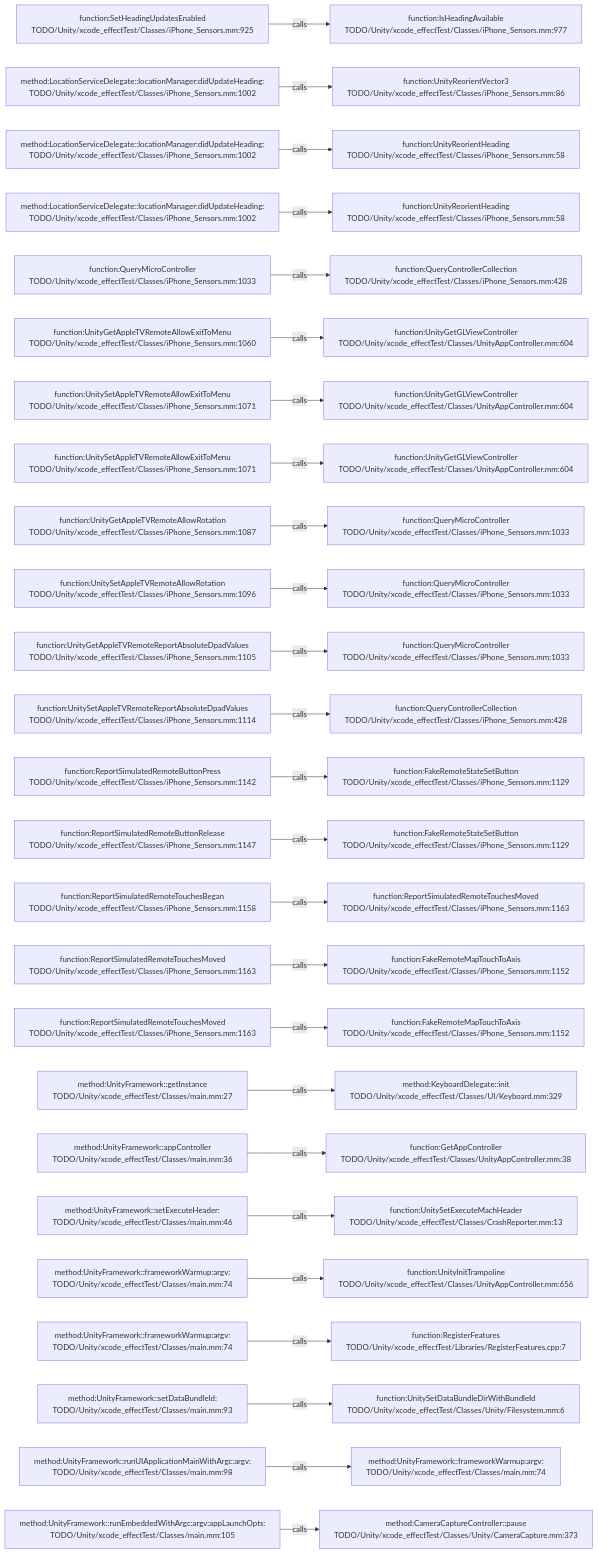
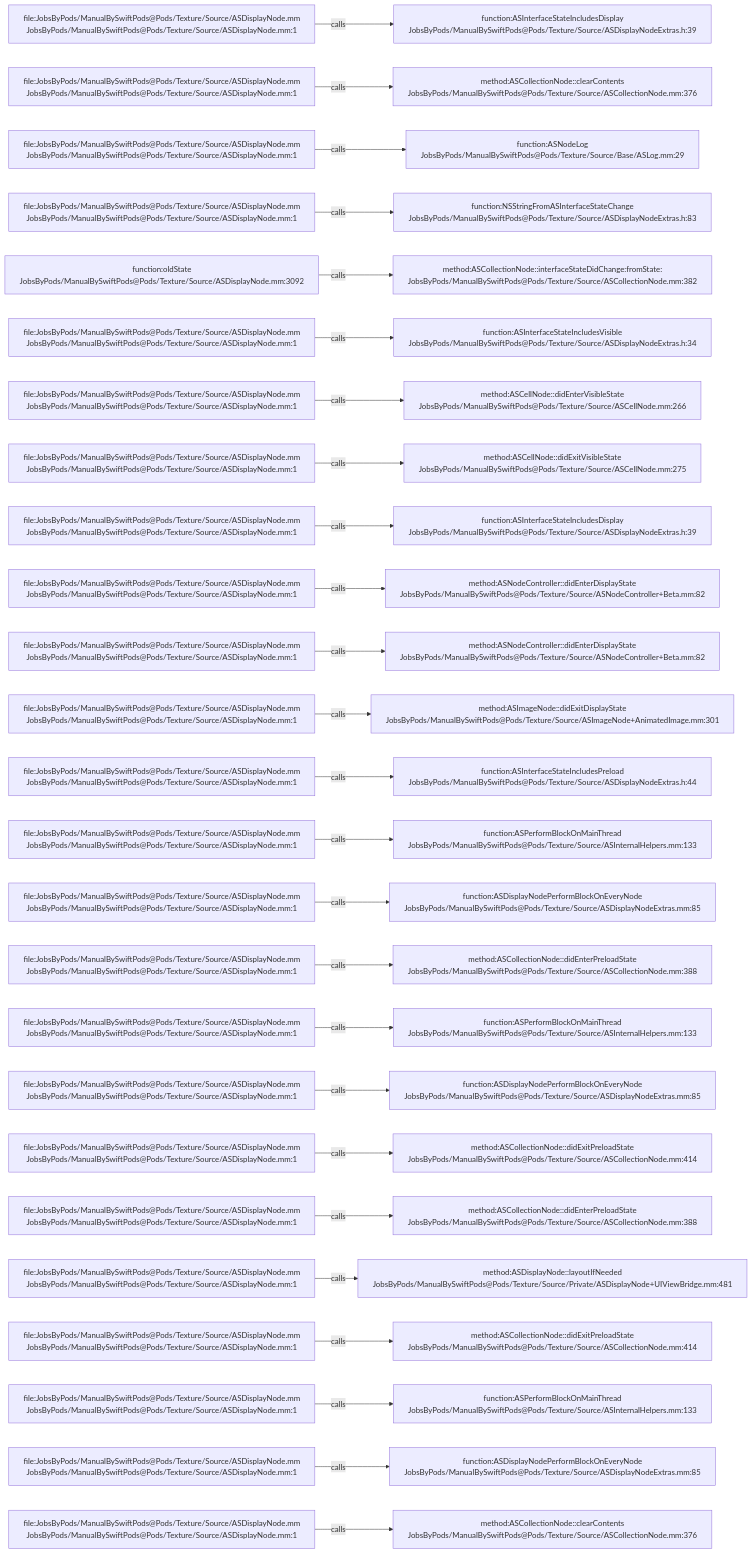
The diagram in .codegraph/codegraph.md/graphs/calls-054.md (JobsKits/JobsSwiftBaseConfigDemo), drawn with Mermaid before and after one commit. The commit also changed 2959 other files, not shown here.

````diff
--- a/.codegraph/codegraph.md/graphs/calls-054.md
+++ b/.codegraph/codegraph.md/graphs/calls-054.md
@@ -13,78 +13,78 @@
 ```mermaid
 flowchart LR
-  S1["function:SetHeadingUpdatesEnabled<br/>TODO/Unity/xcode_effectTest/Classes/iPhone_Sensors.mm:925"]
-  T1["function:IsHeadingAvailable<br/>TODO/Unity/xcode_effectTest/Classes/iPhone_Sensors.mm:977"]
+  S1["file:JobsByPods/ManualBySwiftPods@Pods/Texture/Source/ASDisplayNode.mm<br/>JobsByPods/ManualBySwiftPods@Pods/Texture/Source/ASDisplayNode.mm:1"]
+  T1["function:ASInterfaceStateIncludesDisplay<br/>JobsByPods/ManualBySwiftPods@Pods/Texture/Source/ASDisplayNodeExtras.h:39"]
   S1 -->|calls| T1
-  S2["method:LocationServiceDelegate::locationManager:didUpdateHeading:<br/>TODO/Unity/xcode_effectTest/Classes/iPhone_Sensors.mm:1002"]
-  T2["function:UnityReorientVector3<br/>TODO/Unity/xcode_effectTest/Classes/iPhone_Sensors.mm:86"]
+  S2["file:JobsByPods/ManualBySwiftPods@Pods/Texture/Source/ASDisplayNode.mm<br/>JobsByPods/ManualBySwiftPods@Pods/Texture/Source/ASDisplayNode.mm:1"]
+  T2["method:ASCollectionNode::clearContents<br/>JobsByPods/ManualBySwiftPods@Pods/Texture/Source/ASCollectionNode.mm:376"]
   S2 -->|calls| T2
-  S3["method:LocationServiceDelegate::locationManager:didUpdateHeading:<br/>TODO/Unity/xcode_effectTest/Classes/iPhone_Sensors.mm:1002"]
-  T3["function:UnityReorientHeading<br/>TODO/Unity/xcode_effectTest/Classes/iPhone_Sensors.mm:58"]
+  S3["file:JobsByPods/ManualBySwiftPods@Pods/Texture/Source/ASDisplayNode.mm<br/>JobsByPods/ManualBySwiftPods@Pods/Texture/Source/ASDisplayNode.mm:1"]
+  T3["function:ASNodeLog<br/>JobsByPods/ManualBySwiftPods@Pods/Texture/Source/Base/ASLog.mm:29"]
   S3 -->|calls| T3
-  S4["method:LocationServiceDelegate::locationManager:didUpdateHeading:<br/>TODO/Unity/xcode_effectTest/Classes/iPhone_Sensors.mm:1002"]
-  T4["function:UnityReorientHeading<br/>TODO/Unity/xcode_effectTest/Classes/iPhone_Sensors.mm:58"]
+  S4["file:JobsByPods/ManualBySwiftPods@Pods/Texture/Source/ASDisplayNode.mm<br/>JobsByPods/ManualBySwiftPods@Pods/Texture/Source/ASDisplayNode.mm:1"]
+  T4["function:NSStringFromASInterfaceStateChange<br/>JobsByPods/ManualBySwiftPods@Pods/Texture/Source/ASDisplayNodeExtras.h:83"]
   S4 -->|calls| T4
-  S5["function:QueryMicroController<br/>TODO/Unity/xcode_effectTest/Classes/iPhone_Sensors.mm:1033"]
-  T5["function:QueryControllerCollection<br/>TODO/Unity/xcode_effectTest/Classes/iPhone_Sensors.mm:428"]
+  S5["function:oldState<br/>JobsByPods/ManualBySwiftPods@Pods/Texture/Source/ASDisplayNode.mm:3092"]
+  T5["method:ASCollectionNode::interfaceStateDidChange:fromState:<br/>JobsByPods/ManualBySwiftPods@Pods/Texture/Source/ASCollectionNode.mm:382"]
   S5 -->|calls| T5
-  S6["function:UnityGetAppleTVRemoteAllowExitToMenu<br/>TODO/Unity/xcode_effectTest/Classes/iPhone_Sensors.mm:1060"]
-  T6["function:UnityGetGLViewController<br/>TODO/Unity/xcode_effectTest/Classes/UnityAppController.mm:604"]
+  S6["file:JobsByPods/ManualBySwiftPods@Pods/Texture/Source/ASDisplayNode.mm<br/>JobsByPods/ManualBySwiftPods@Pods/Texture/Source/ASDisplayNode.mm:1"]
+  T6["function:ASInterfaceStateIncludesVisible<br/>JobsByPods/ManualBySwiftPods@Pods/Texture/Source/ASDisplayNodeExtras.h:34"]
   S6 -->|calls| T6
-  S7["function:UnitySetAppleTVRemoteAllowExitToMenu<br/>TODO/Unity/xcode_effectTest/Classes/iPhone_Sensors.mm:1071"]
-  T7["function:UnityGetGLViewController<br/>TODO/Unity/xcode_effectTest/Classes/UnityAppController.mm:604"]
+  S7["file:JobsByPods/ManualBySwiftPods@Pods/Texture/Source/ASDisplayNode.mm<br/>JobsByPods/ManualBySwiftPods@Pods/Texture/Source/ASDisplayNode.mm:1"]
+  T7["method:ASCellNode::didEnterVisibleState<br/>JobsByPods/ManualBySwiftPods@Pods/Texture/Source/ASCellNode.mm:266"]
   S7 -->|calls| T7
-  S8["function:UnitySetAppleTVRemoteAllowExitToMenu<br/>TODO/Unity/xcode_effectTest/Classes/iPhone_Sensors.mm:1071"]
-  T8["function:UnityGetGLViewController<br/>TODO/Unity/xcode_effectTest/Classes/UnityAppController.mm:604"]
+  S8["file:JobsByPods/ManualBySwiftPods@Pods/Texture/Source/ASDisplayNode.mm<br/>JobsByPods/ManualBySwiftPods@Pods/Texture/Source/ASDisplayNode.mm:1"]
+  T8["method:ASCellNode::didExitVisibleState<br/>JobsByPods/ManualBySwiftPods@Pods/Texture/Source/ASCellNode.mm:275"]
   S8 -->|calls| T8
-  S9["function:UnityGetAppleTVRemoteAllowRotation<br/>TODO/Unity/xcode_effectTest/Classes/iPhone_Sensors.mm:1087"]
-  T9["function:QueryMicroController<br/>TODO/Unity/xcode_effectTest/Classes/iPhone_Sensors.mm:1033"]
+  S9["file:JobsByPods/ManualBySwiftPods@Pods/Texture/Source/ASDisplayNode.mm<br/>JobsByPods/ManualBySwiftPods@Pods/Texture/Source/ASDisplayNode.mm:1"]
+  T9["function:ASInterfaceStateIncludesDisplay<br/>JobsByPods/ManualBySwiftPods@Pods/Texture/Source/ASDisplayNodeExtras.h:39"]
   S9 -->|calls| T9
-  S10["function:UnitySetAppleTVRemoteAllowRotation<br/>TODO/Unity/xcode_effectTest/Classes/iPhone_Sensors.mm:1096"]
-  T10["function:QueryMicroController<br/>TODO/Unity/xcode_effectTest/Classes/iPhone_Sensors.mm:1033"]
+  S10["file:JobsByPods/ManualBySwiftPods@Pods/Texture/Source/ASDisplayNode.mm<br/>JobsByPods/ManualBySwiftPods@Pods/Texture/Source/ASDisplayNode.mm:1"]
+  T10["method:ASNodeController::didEnterDisplayState<br/>JobsByPods/ManualBySwiftPods@Pods/Texture/Source/ASNodeController+Beta.mm:82"]
   S10 -->|calls| T10
-  S11["function:UnityGetAppleTVRemoteReportAbsoluteDpadValues<br/>TODO/Unity/xcode_effectTest/Classes/iPhone_Sensors.mm:1105"]
-  T11["function:QueryMicroController<br/>TODO/Unity/xcode_effectTest/Classes/iPhone_Sensors.mm:1033"]
+  S11["file:JobsByPods/ManualBySwiftPods@Pods/Texture/Source/ASDisplayNode.mm<br/>JobsByPods/ManualBySwiftPods@Pods/Texture/Source/ASDisplayNode.mm:1"]
+  T11["method:ASNodeController::didEnterDisplayState<br/>JobsByPods/ManualBySwiftPods@Pods/Texture/Source/ASNodeController+Beta.mm:82"]
   S11 -->|calls| T11
-  S12["function:UnitySetAppleTVRemoteReportAbsoluteDpadValues<br/>TODO/Unity/xcode_effectTest/Classes/iPhone_Sensors.mm:1114"]
-  T12["function:QueryControllerCollection<br/>TODO/Unity/xcode_effectTest/Classes/iPhone_Sensors.mm:428"]
+  S12["file:JobsByPods/ManualBySwiftPods@Pods/Texture/Source/ASDisplayNode.mm<br/>JobsByPods/ManualBySwiftPods@Pods/Texture/Source/ASDisplayNode.mm:1"]
+  T12["method:ASImageNode::didExitDisplayState<br/>JobsByPods/ManualBySwiftPods@Pods/Texture/Source/ASImageNode+AnimatedImage.mm:301"]
   S12 -->|calls| T12
-  S13["function:ReportSimulatedRemoteButtonPress<br/>TODO/Unity/xcode_effectTest/Classes/iPhone_Sensors.mm:1142"]
-  T13["function:FakeRemoteStateSetButton<br/>TODO/Unity/xcode_effectTest/Classes/iPhone_Sensors.mm:1129"]
+  S13["file:JobsByPods/ManualBySwiftPods@Pods/Texture/Source/ASDisplayNode.mm<br/>JobsByPods/ManualBySwiftPods@Pods/Texture/Source/ASDisplayNode.mm:1"]
+  T13["function:ASInterfaceStateIncludesPreload<br/>JobsByPods/ManualBySwiftPods@Pods/Texture/Source/ASDisplayNodeExtras.h:44"]
   S13 -->|calls| T13
-  S14["function:ReportSimulatedRemoteButtonRelease<br/>TODO/Unity/xcode_effectTest/Classes/iPhone_Sensors.mm:1147"]
-  T14["function:FakeRemoteStateSetButton<br/>TODO/Unity/xcode_effectTest/Classes/iPhone_Sensors.mm:1129"]
+  S14["file:JobsByPods/ManualBySwiftPods@Pods/Texture/Source/ASDisplayNode.mm<br/>JobsByPods/ManualBySwiftPods@Pods/Texture/Source/ASDisplayNode.mm:1"]
+  T14["function:ASPerformBlockOnMainThread<br/>JobsByPods/ManualBySwiftPods@Pods/Texture/Source/ASInternalHelpers.mm:133"]
   S14 -->|calls| T14
-  S15["function:ReportSimulatedRemoteTouchesBegan<br/>TODO/Unity/xcode_effectTest/Classes/iPhone_Sensors.mm:1158"]
-  T15["function:ReportSimulatedRemoteTouchesMoved<br/>TODO/Unity/xcode_effectTest/Classes/iPhone_Sensors.mm:1163"]
+  S15["file:JobsByPods/ManualBySwiftPods@Pods/Texture/Source/ASDisplayNode.mm<br/>JobsByPods/ManualBySwiftPods@Pods/Texture/Source/ASDisplayNode.mm:1"]
+  T15["function:ASDisplayNodePerformBlockOnEveryNode<br/>JobsByPods/ManualBySwiftPods@Pods/Texture/Source/ASDisplayNodeExtras.mm:85"]
   S15 -->|calls| T15
-  S16["function:ReportSimulatedRemoteTouchesMoved<br/>TODO/Unity/xcode_effectTest/Classes/iPhone_Sensors.mm:1163"]
-  T16["function:FakeRemoteMapTouchToAxis<br/>TODO/Unity/xcode_effectTest/Classes/iPhone_Sensors.mm:1152"]
+  S16["file:JobsByPods/ManualBySwiftPods@Pods/Texture/Source/ASDisplayNode.mm<br/>JobsByPods/ManualBySwiftPods@Pods/Texture/Source/ASDisplayNode.mm:1"]
+  T16["method:ASCollectionNode::didEnterPreloadState<br/>JobsByPods/ManualBySwiftPods@Pods/Texture/Source/ASCollectionNode.mm:388"]
   S16 -->|calls| T16
-  S17["function:ReportSimulatedRemoteTouchesMoved<br/>TODO/Unity/xcode_effectTest/Classes/iPhone_Sensors.mm:1163"]
-  T17["function:FakeRemoteMapTouchToAxis<br/>TODO/Unity/xcode_effectTest/Classes/iPhone_Sensors.mm:1152"]
+  S17["file:JobsByPods/ManualBySwiftPods@Pods/Texture/Source/ASDisplayNode.mm<br/>JobsByPods/ManualBySwiftPods@Pods/Texture/Source/ASDisplayNode.mm:1"]
+  T17["function:ASPerformBlockOnMainThread<br/>JobsByPods/ManualBySwiftPods@Pods/Texture/Source/ASInternalHelpers.mm:133"]
   S17 -->|calls| T17
-  S18["method:UnityFramework::getInstance<br/>TODO/Unity/xcode_effectTest/Classes/main.mm:27"]
-  T18["method:KeyboardDelegate::init<br/>TODO/Unity/xcode_effectTest/Classes/UI/Keyboard.mm:329"]
+  S18["file:JobsByPods/ManualBySwiftPods@Pods/Texture/Source/ASDisplayNode.mm<br/>JobsByPods/ManualBySwiftPods@Pods/Texture/Source/ASDisplayNode.mm:1"]
+  T18["function:ASDisplayNodePerformBlockOnEveryNode<br/>JobsByPods/ManualBySwiftPods@Pods/Texture/Source/ASDisplayNodeExtras.mm:85"]
   S18 -->|calls| T18
-  S19["method:UnityFramework::appController<br/>TODO/Unity/xcode_effectTest/Classes/main.mm:36"]
-  T19["function:GetAppController<br/>TODO/Unity/xcode_effectTest/Classes/UnityAppController.mm:38"]
+  S19["file:JobsByPods/ManualBySwiftPods@Pods/Texture/Source/ASDisplayNode.mm<br/>JobsByPods/ManualBySwiftPods@Pods/Texture/Source/ASDisplayNode.mm:1"]
+  T19["method:ASCollectionNode::didExitPreloadState<br/>JobsByPods/ManualBySwiftPods@Pods/Texture/Source/ASCollectionNode.mm:414"]
   S19 -->|calls| T19
-  S20["method:UnityFramework::setExecuteHeader:<br/>TODO/Unity/xcode_effectTest/Classes/main.mm:46"]
-  T20["function:UnitySetExecuteMachHeader<br/>TODO/Unity/xcode_effectTest/Classes/CrashReporter.mm:13"]
+  S20["file:JobsByPods/ManualBySwiftPods@Pods/Texture/Source/ASDisplayNode.mm<br/>JobsByPods/ManualBySwiftPods@Pods/Texture/Source/ASDisplayNode.mm:1"]
+  T20["method:ASCollectionNode::didEnterPreloadState<br/>JobsByPods/ManualBySwiftPods@Pods/Texture/Source/ASCollectionNode.mm:388"]
   S20 -->|calls| T20
-  S21["method:UnityFramework::frameworkWarmup:argv:<br/>TODO/Unity/xcode_effectTest/Classes/main.mm:74"]
-  T21["function:UnityInitTrampoline<br/>TODO/Unity/xcode_effectTest/Classes/UnityAppController.mm:656"]
+  S21["file:JobsByPods/ManualBySwiftPods@Pods/Texture/Source/ASDisplayNode.mm<br/>JobsByPods/ManualBySwiftPods@Pods/Texture/Source/ASDisplayNode.mm:1"]
+  T21["method:ASDisplayNode::layoutIfNeeded<br/>JobsByPods/ManualBySwiftPods@Pods/Texture/Source/Private/ASDisplayNode+UIViewBridge.mm:481"]
   S21 -->|calls| T21
-  S22["method:UnityFramework::frameworkWarmup:argv:<br/>TODO/Unity/xcode_effectTest/Classes/main.mm:74"]
-  T22["function:RegisterFeatures<br/>TODO/Unity/xcode_effectTest/Libraries/RegisterFeatures.cpp:7"]
+  S22["file:JobsByPods/ManualBySwiftPods@Pods/Texture/Source/ASDisplayNode.mm<br/>JobsByPods/ManualBySwiftPods@Pods/Texture/Source/ASDisplayNode.mm:1"]
+  T22["method:ASCollectionNode::didExitPreloadState<br/>JobsByPods/ManualBySwiftPods@Pods/Texture/Source/ASCollectionNode.mm:414"]
   S22 -->|calls| T22
-  S23["method:UnityFramework::setDataBundleId:<br/>TODO/Unity/xcode_effectTest/Classes/main.mm:93"]
-  T23["function:UnitySetDataBundleDirWithBundleId<br/>TODO/Unity/xcode_effectTest/Classes/Unity/Filesystem.mm:6"]
+  S23["file:JobsByPods/ManualBySwiftPods@Pods/Texture/Source/ASDisplayNode.mm<br/>JobsByPods/ManualBySwiftPods@Pods/Texture/Source/ASDisplayNode.mm:1"]
+  T23["function:ASPerformBlockOnMainThread<br/>JobsByPods/ManualBySwiftPods@Pods/Texture/Source/ASInternalHelpers.mm:133"]
   S23 -->|calls| T23
-  S24["method:UnityFramework::runUIApplicationMainWithArgc:argv:<br/>TODO/Unity/xcode_effectTest/Classes/main.mm:98"]
-  T24["method:UnityFramework::frameworkWarmup:argv:<br/>TODO/Unity/xcode_effectTest/Classes/main.mm:74"]
+  S24["file:JobsByPods/ManualBySwiftPods@Pods/Texture/Source/ASDisplayNode.mm<br/>JobsByPods/ManualBySwiftPods@Pods/Texture/Source/ASDisplayNode.mm:1"]
+  T24["function:ASDisplayNodePerformBlockOnEveryNode<br/>JobsByPods/ManualBySwiftPods@Pods/Texture/Source/ASDisplayNodeExtras.mm:85"]
   S24 -->|calls| T24
-  S25["method:UnityFramework::runEmbeddedWithArgc:argv:appLaunchOpts:<br/>TODO/Unity/xcode_effectTest/Classes/main.mm:105"]
-  T25["method:CameraCaptureController::pause<br/>TODO/Unity/xcode_effectTest/Classes/Unity/CameraCapture.mm:373"]
+  S25["file:JobsByPods/ManualBySwiftPods@Pods/Texture/Source/ASDisplayNode.mm<br/>JobsByPods/ManualBySwiftPods@Pods/Texture/Source/ASDisplayNode.mm:1"]
+  T25["method:ASCollectionNode::clearContents<br/>JobsByPods/ManualBySwiftPods@Pods/Texture/Source/ASCollectionNode.mm:376"]
   S25 -->|calls| T25
 ```
````
